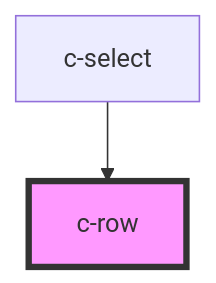
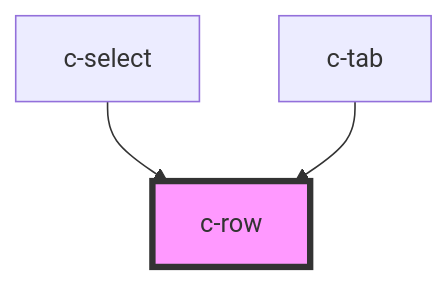
The diagram in src/components/row/readme.md (hannyle/csc-ui), drawn with Mermaid before and after one commit. The commit also changed other lines of this file and 5 other files, not shown here.

````diff
--- a/src/components/row/readme.md
+++ b/src/components/row/readme.md
@@ -15,5 +16,6 @@
 ```mermaid
 graph TD;
   c-select --> c-row
+  c-tab --> c-row
   style c-row fill:#f9f,stroke:#333,stroke-width:4px
 ```
````
